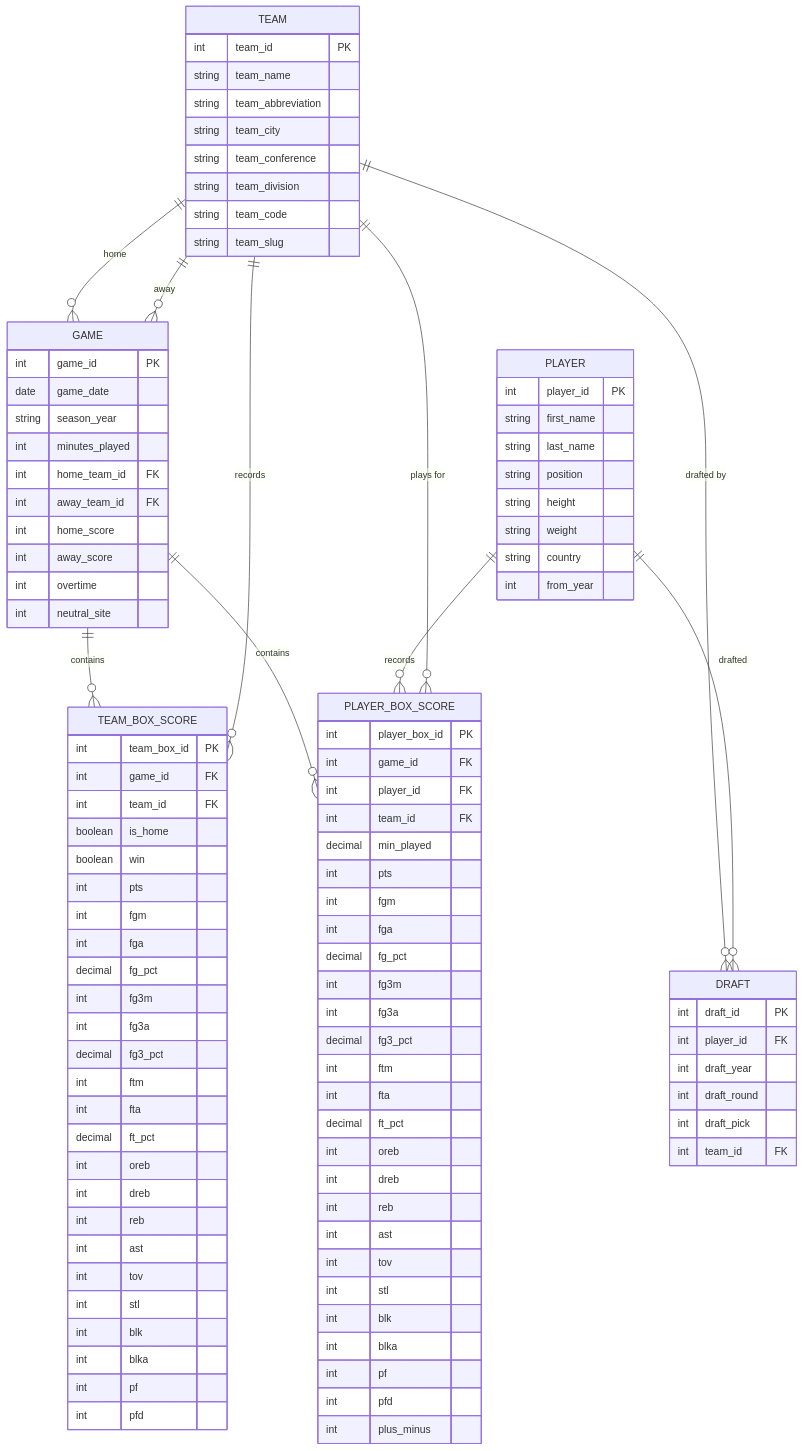
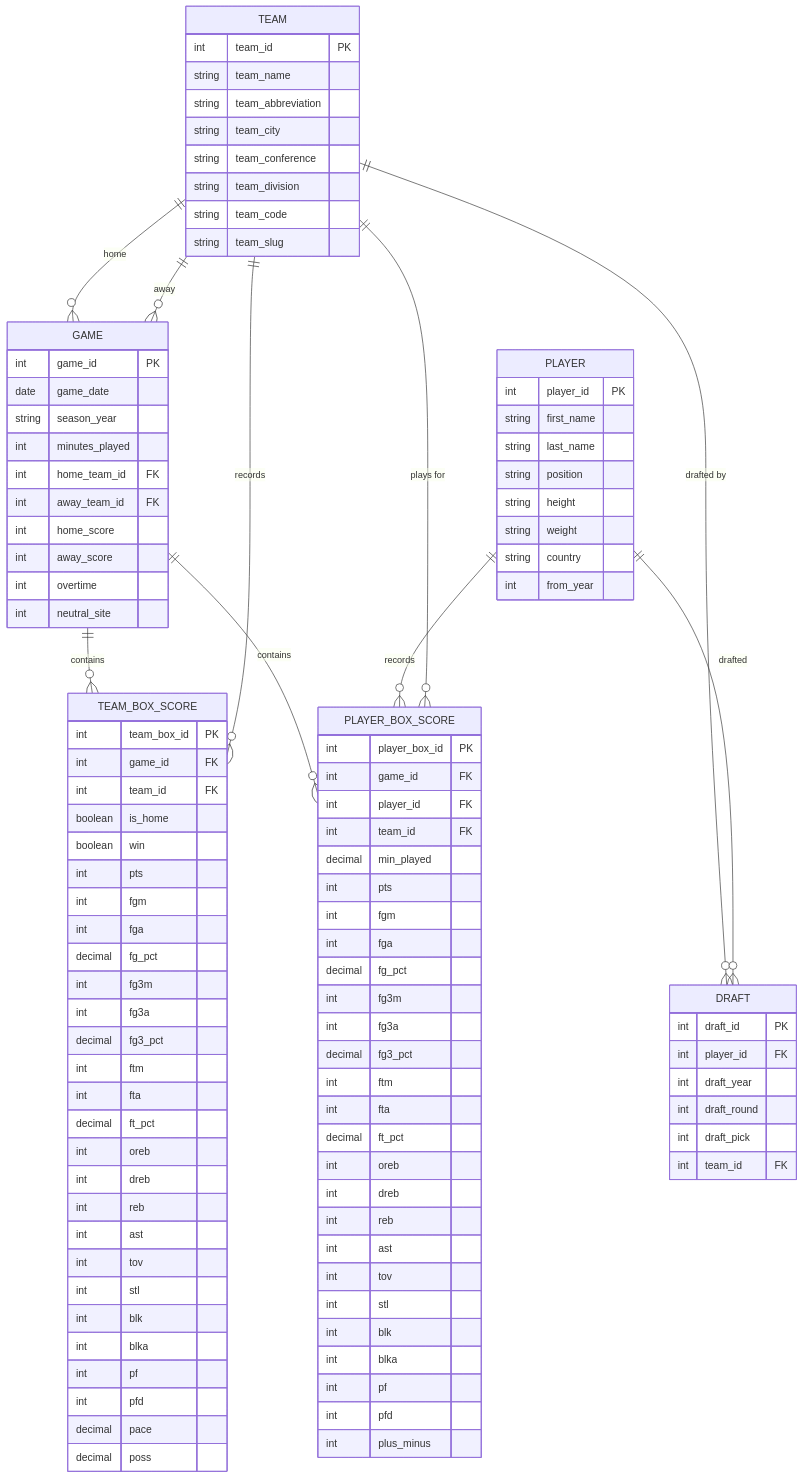
The diagram in NBA_DB_ER.mmd (nealkuperman/Data_Science_I_project), drawn with Mermaid before and after one commit. The commit also changed 2 other files, not shown here.

```diff
--- a/NBA_DB_ER.mmd
+++ b/NBA_DB_ER.mmd
@@ -1,111 +1,113 @@
 erDiagram
     TEAM {
         int team_id PK
         string team_name
         string team_abbreviation
         string team_city
         string team_conference
         string team_division
         string team_code
         string team_slug
     }
 
     PLAYER {
         int player_id PK
         string first_name
         string last_name
         string position
         string height
         string weight
         string country
         int from_year
     }
 
     DRAFT {
         int draft_id PK
         int player_id FK
         int draft_year
         int draft_round
         int draft_pick
         int team_id FK
     }
 
     GAME {
         int game_id PK
         date game_date
         string season_year
         int minutes_played
         int home_team_id FK
         int away_team_id FK
         int home_score
         int away_score
         int overtime
         int neutral_site
     }
 
     TEAM_BOX_SCORE {
         int team_box_id PK
         int game_id FK
         int team_id FK
         boolean is_home
         boolean win
         int pts
         int fgm
         int fga
         decimal fg_pct
         int fg3m
         int fg3a
         decimal fg3_pct
         int ftm
         int fta
         decimal ft_pct
         int oreb
         int dreb
         int reb
         int ast
         int tov
         int stl
         int blk
         int blka
         int pf
         int pfd
+        decimal pace
+        decimal poss
     }
 
     PLAYER_BOX_SCORE {
         int player_box_id PK
         int game_id FK
         int player_id FK
         int team_id FK
         decimal min_played
         int pts
         int fgm
         int fga
         decimal fg_pct
         int fg3m
         int fg3a
         decimal fg3_pct
         int ftm
         int fta
         decimal ft_pct
         int oreb
         int dreb
         int reb
         int ast
         int tov
         int stl
         int blk
         int blka
         int pf
         int pfd
         int plus_minus
     }
 
     TEAM ||--o{ GAME : "home"
     TEAM ||--o{ GAME : "away"
     TEAM ||--o{ DRAFT : "drafted by"
     PLAYER ||--o{ DRAFT : "drafted"
     GAME ||--o{ TEAM_BOX_SCORE : contains
     GAME ||--o{ PLAYER_BOX_SCORE : contains
     PLAYER ||--o{ PLAYER_BOX_SCORE : records
     TEAM ||--o{ PLAYER_BOX_SCORE : "plays for"
     TEAM ||--o{ TEAM_BOX_SCORE : records
```
